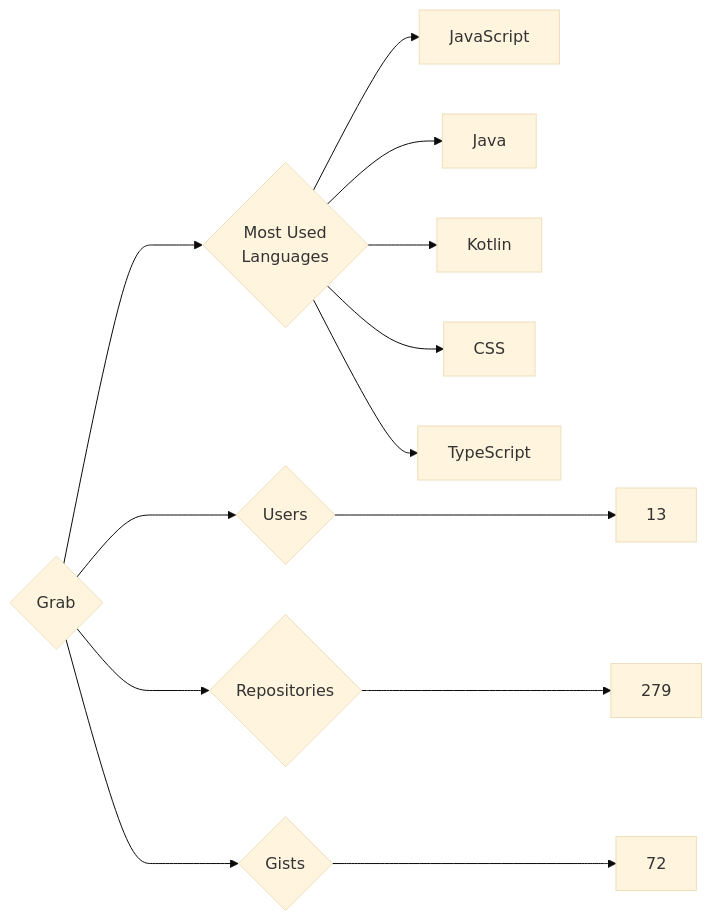
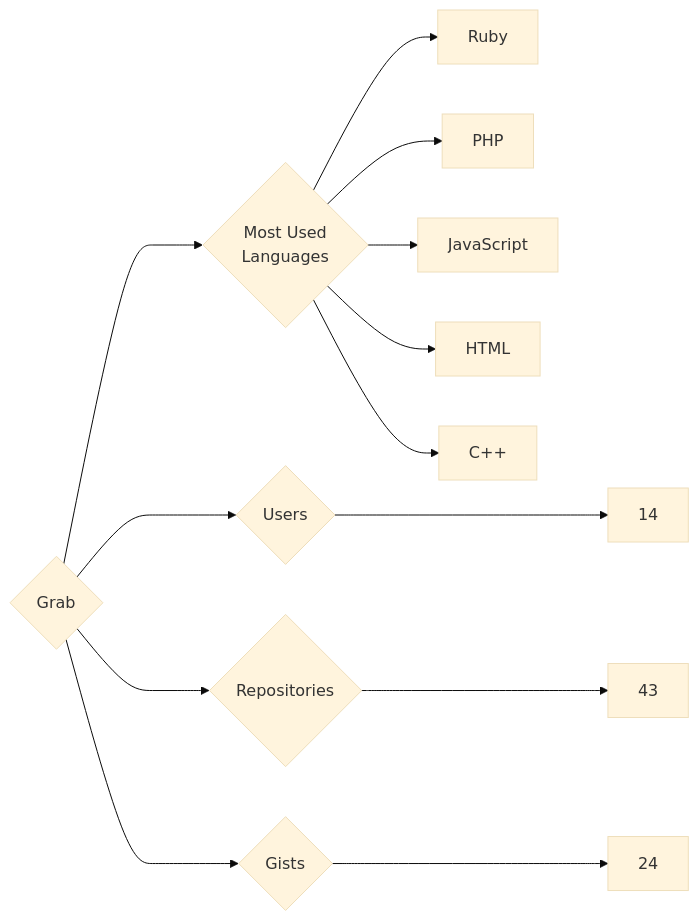
The diagram in targets/Grab/README.md (trickest/insiders), drawn with Mermaid (base theme) before and after one commit. The commit also changed 681 other files, not shown here.

````diff
--- a/targets/Grab/README.md
+++ b/targets/Grab/README.md
@@ -3,13 +3,13 @@
 ```mermaid
 graph LR
 COMPANY_NAME{Grab}
-COMPANY_NAME ---> U{Users} ---> UN[13]
-COMPANY_NAME ---> R{Repositories} ---> RN[279]
-COMPANY_NAME ---> G{Gists} ---> GN[72]
+COMPANY_NAME ---> U{Users} ---> UN[14]
+COMPANY_NAME ---> R{Repositories} ---> RN[43]
+COMPANY_NAME ---> G{Gists} ---> GN[24]
 COMPANY_NAME ---> ML{Most Used<br>Languages}
+ML --> Ruby[Ruby]
+ML --> PHP[PHP]
 ML --> JavaScript[JavaScript]
-ML --> Java[Java]
-ML --> Kotlin[Kotlin]
-ML --> CSS[CSS]
-ML --> TypeScript[TypeScript]
+ML --> HTML[HTML]
+ML --> C++[C++]
 ```
````
